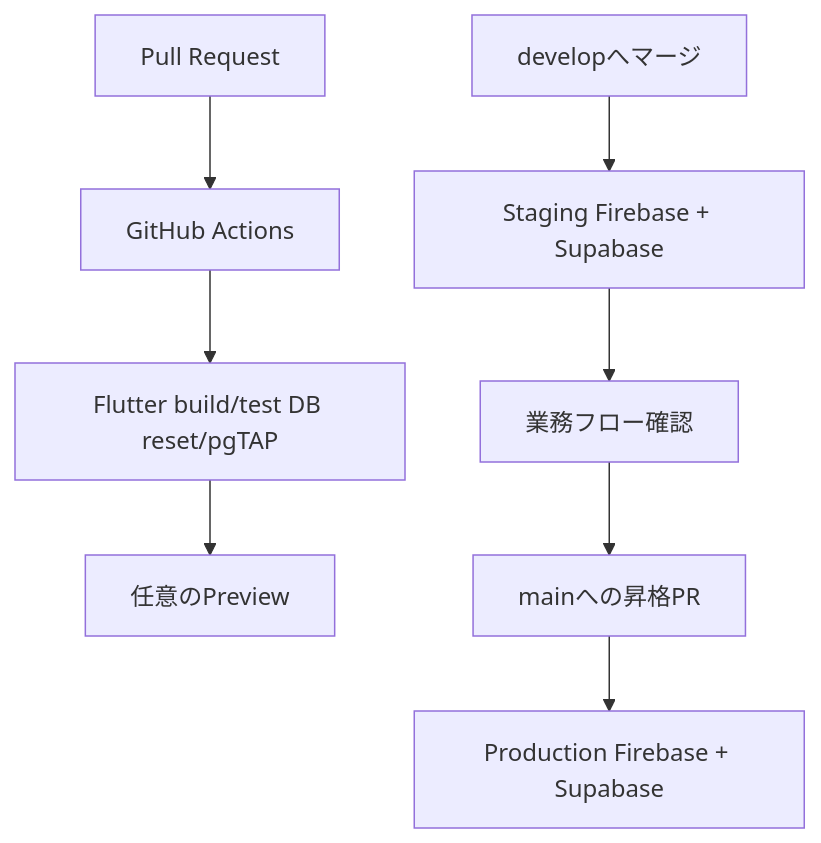
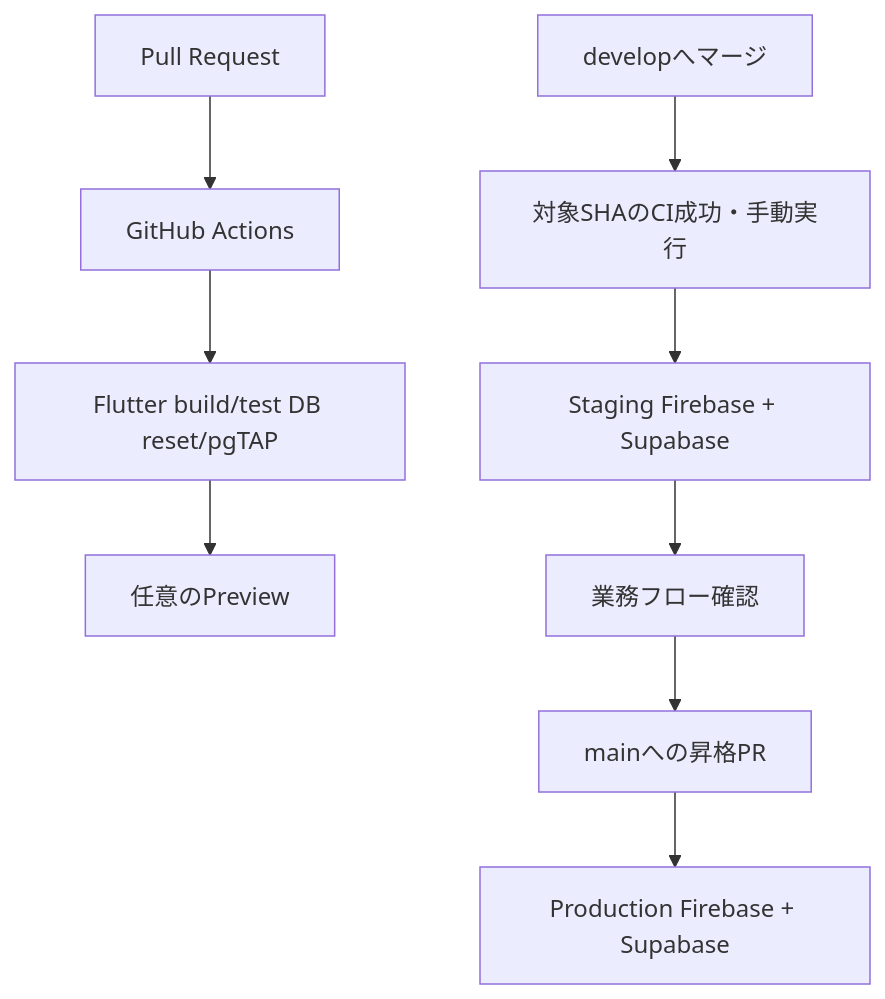
The second of 2 diagrams in docs/adr/0001-system-architecture-and-ownership.md (Re-Ochuns/Kiwi_peoducts), drawn with Mermaid before and after one commit. The commit also changed other lines of this file and 10 other files, not shown here.

````diff
--- a/docs/adr/0001-system-architecture-and-ownership.md
+++ b/docs/adr/0001-system-architecture-and-ownership.md
@@ -110,10 +110,11 @@
 ```mermaid
 flowchart TB
     PR[Pull Request] --> CI[GitHub Actions]
     CI --> Checks[Flutter build/test DB reset/pgTAP]
     Checks --> Preview[任意のPreview]
-    Develop[developへマージ] --> Staging[Staging Firebase + Supabase]
+    Develop[developへマージ] --> Gate[対象SHAのCI成功・手動実行]
+    Gate --> Staging[Staging Firebase + Supabase]
     Staging --> Review[業務フロー確認]
     Review --> Main[mainへの昇格PR]
     Main --> Production[Production Firebase + Supabase]
 ```
````
